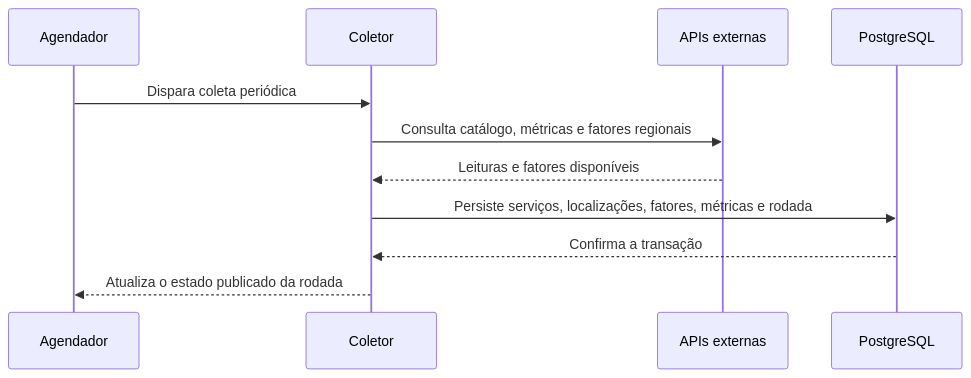
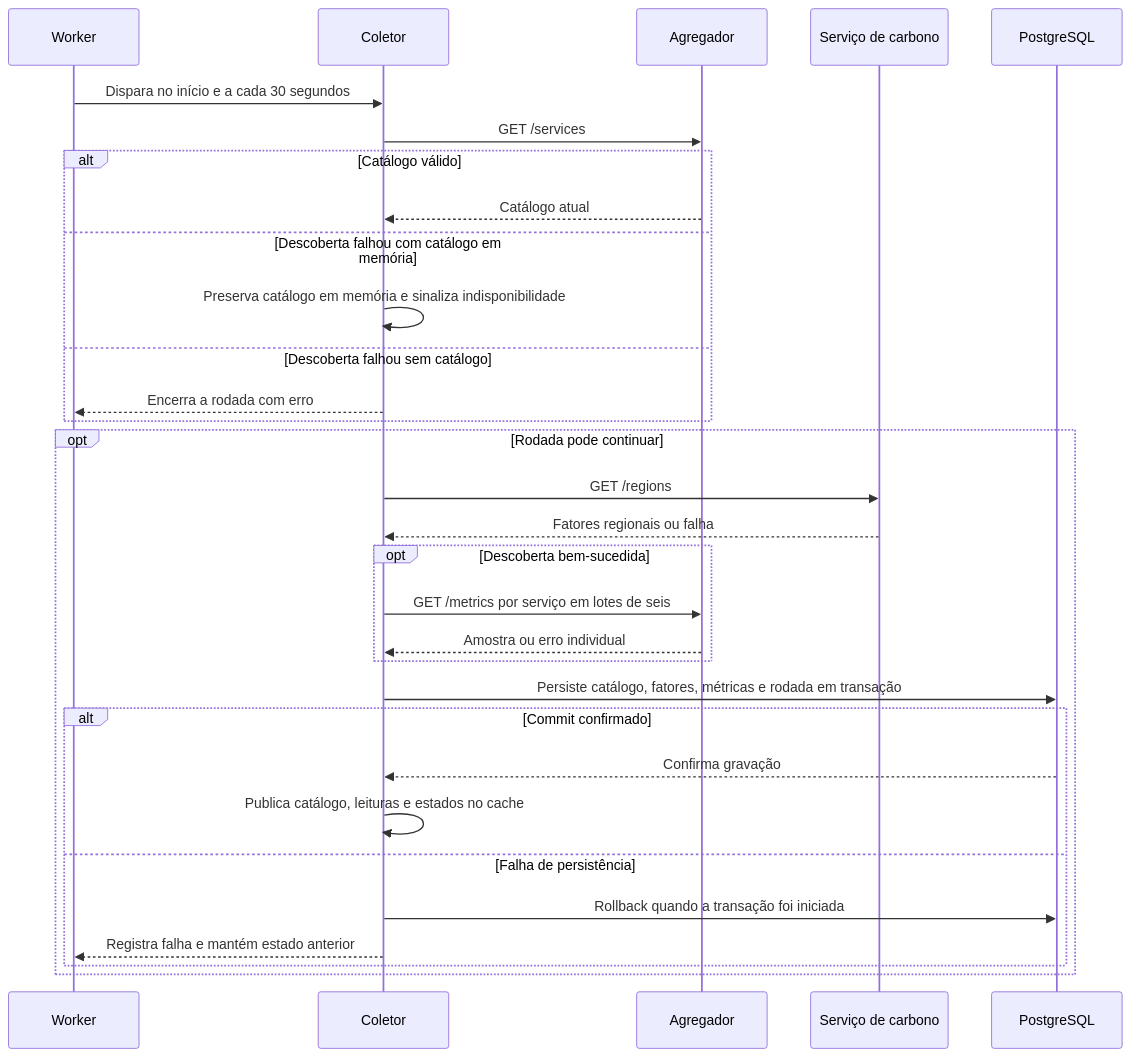
Before and after one commit to pentascripts-organization/EcoByteMetrics: the fourth of 5 diagrams in docs/arquitetura.md, drawn with Mermaid. The commit also changed other lines of this file and 11 other files, not shown here.

````diff
--- a/docs/arquitetura.md
+++ b/docs/arquitetura.md
@@ -45,13 +50,33 @@
 ```mermaid
 sequenceDiagram
-    participant W as Agendador
+    participant W as Worker
     participant C as Coletor
-    participant A as APIs externas
+    participant M as Agregador
+    participant A as Serviço de carbono
     participant P as PostgreSQL
-    W->>C: Dispara coleta periódica
-    C->>A: Consulta catálogo, métricas e fatores regionais
-    A-->>C: Leituras e fatores disponíveis
-    C->>P: Persiste serviços, localizações, fatores, métricas e rodada
-    P-->>C: Confirma a transação
-    C-->>W: Atualiza o estado publicado da rodada
+    W->>C: Dispara no início e a cada 30 segundos
+    C->>M: GET /services
+    alt Catálogo válido
+        M-->>C: Catálogo atual
+    else Descoberta falhou com catálogo em memória
+        C->>C: Preserva catálogo em memória e sinaliza indisponibilidade
+    else Descoberta falhou sem catálogo
+        C-->>W: Encerra a rodada com erro
+    end
+    opt Rodada pode continuar
+        C->>A: GET /regions
+        A-->>C: Fatores regionais ou falha
+        opt Descoberta bem-sucedida
+            C->>M: GET /metrics por serviço em lotes de seis
+            M-->>C: Amostra ou erro individual
+        end
+        C->>P: Persiste catálogo, fatores, métricas e rodada em transação
+        alt Commit confirmado
+            P-->>C: Confirma gravação
+            C->>C: Publica catálogo, leituras e estados no cache
+        else Falha de persistência
+            C->>P: Rollback quando a transação foi iniciada
+            C-->>W: Registra falha e mantém estado anterior
+        end
+    end
 ```
````
